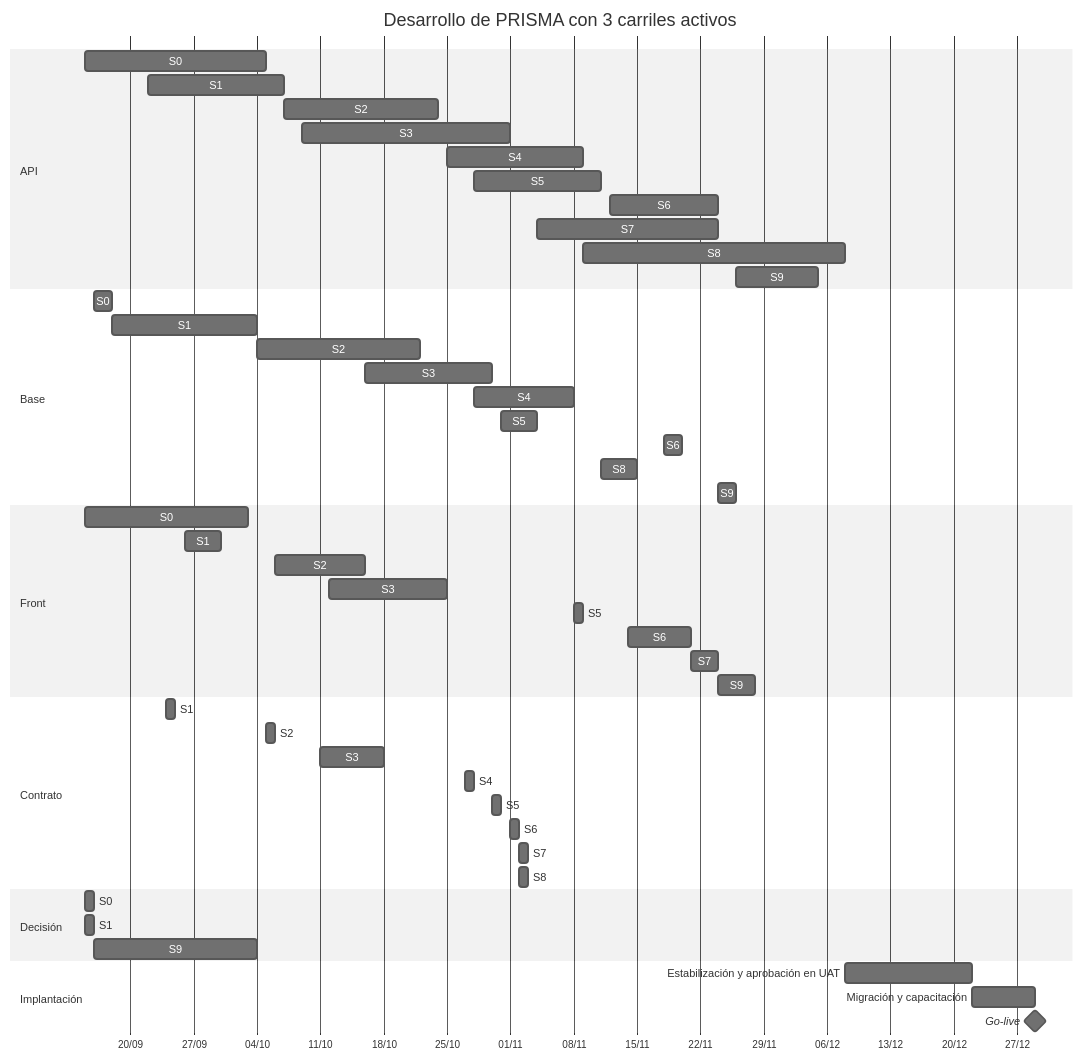
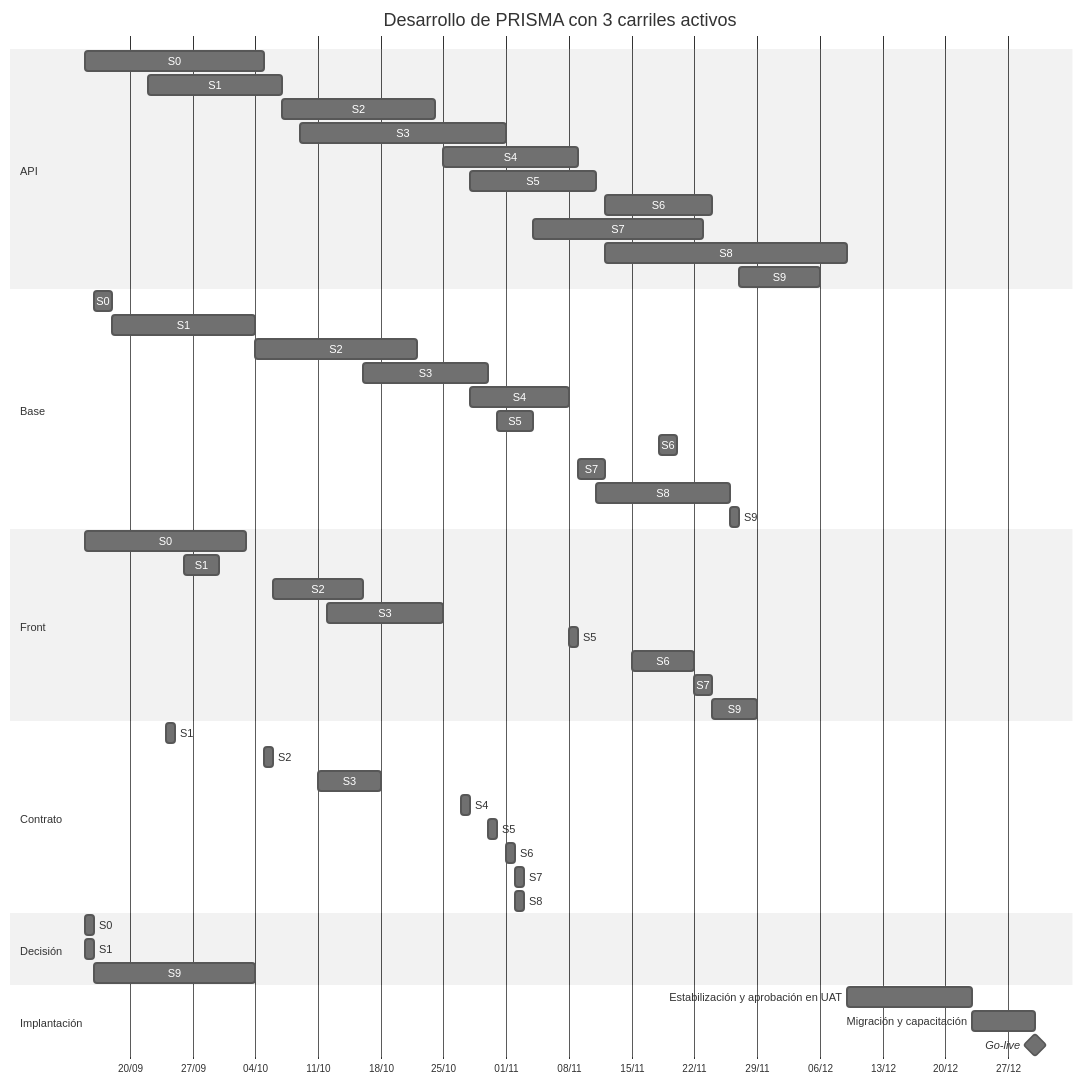
One commit to Juanchope039/Finanzas-PRISMA changed the first of 2 diagrams in docs/08-plan-de-desarrollo.md. Above: the diagram before and after it, drawn with Mermaid (neutral theme). The commit also changed other lines of this file and 25 other files, not shown here.

````diff
--- a/docs/08-plan-de-desarrollo.md
+++ b/docs/08-plan-de-desarrollo.md
@@ -243,59 +243,60 @@
 ```mermaid
 gantt
     title Desarrollo de PRISMA con 3 carriles activos
     dateFormat YYYY-MM-DD
     axisFormat %d/%m
 
     section API
     S0 :api0, 2026-09-15, 2026-10-05
     S1 :api1, 2026-09-22, 2026-10-07
     S2 :api2, 2026-10-07, 2026-10-24
     S3 :api3, 2026-10-09, 2026-11-01
     S4 :api4, 2026-10-25, 2026-11-09
     S5 :api5, 2026-10-28, 2026-11-11
     S6 :api6, 2026-11-12, 2026-11-24
-    S7 :api7, 2026-11-04, 2026-11-24
-    S8 :api8, 2026-11-09, 2026-12-08
-    S9 :api9, 2026-11-26, 2026-12-05
+    S7 :api7, 2026-11-04, 2026-11-23
+    S8 :api8, 2026-11-12, 2026-12-09
+    S9 :api9, 2026-11-27, 2026-12-06
 
     section Base
     S0 :base0, 2026-09-16, 2026-09-18
     S1 :base1, 2026-09-18, 2026-10-04
     S2 :base2, 2026-10-04, 2026-10-22
     S3 :base3, 2026-10-16, 2026-10-30
     S4 :base4, 2026-10-28, 2026-11-08
     S5 :base5, 2026-10-31, 2026-11-04
     S6 :base6, 2026-11-18, 2026-11-20
-    S8 :base8, 2026-11-11, 2026-11-15
-    S9 :base9, 2026-11-24, 2026-11-26
+    S7 :base7, 2026-11-09, 2026-11-12
+    S8 :base8, 2026-11-11, 2026-11-26
+    S9 :base9, 2026-11-26, 2026-11-27
 
     section Front
     S0 :front0, 2026-09-15, 2026-10-03
     S1 :front1, 2026-09-26, 2026-09-30
     S2 :front2, 2026-10-06, 2026-10-16
     S3 :front3, 2026-10-12, 2026-10-25
     S5 :front5, 2026-11-08, 2026-11-09
-    S6 :front6, 2026-11-14, 2026-11-21
-    S7 :front7, 2026-11-21, 2026-11-24
-    S9 :front9, 2026-11-24, 2026-11-28
+    S6 :front6, 2026-11-15, 2026-11-22
+    S7 :front7, 2026-11-22, 2026-11-24
+    S9 :front9, 2026-11-24, 2026-11-29
 
     section Contrato
     S1 :contrato1, 2026-09-24, 2026-09-25
     S2 :contrato2, 2026-10-05, 2026-10-06
     S3 :contrato3, 2026-10-11, 2026-10-18
     S4 :contrato4, 2026-10-27, 2026-10-28
     S5 :contrato5, 2026-10-30, 2026-10-31
     S6 :contrato6, 2026-11-01, 2026-11-02
     S7 :contrato7, 2026-11-02, 2026-11-03
     S8 :contrato8, 2026-11-02, 2026-11-03
 
     section Decisión
     S0 :decisin0, 2026-09-15, 2026-09-16
     S1 :decisin1, 2026-09-15, 2026-09-16
     S9 :decisin9, 2026-09-16, 2026-10-04
 
     section Implantación
-    Estabilización y aprobación en UAT :est, 2026-12-08, 2026-12-22
-    Migración y capacitación :mig, 2026-12-22, 2026-12-29
-    Go-live :milestone, 2026-12-29, 0d
+    Estabilización y aprobación en UAT :est, 2026-12-09, 2026-12-23
+    Migración y capacitación :mig, 2026-12-23, 2026-12-30
+    Go-live :milestone, 2026-12-30, 0d
 ```
````
